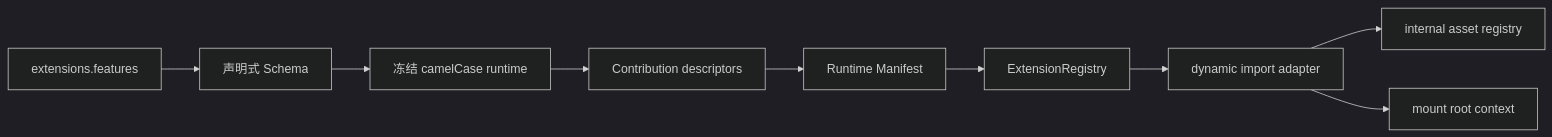
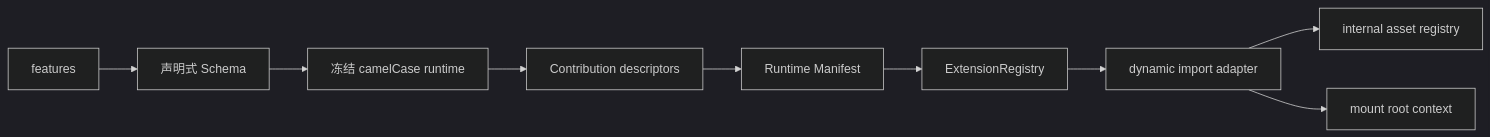
The diagram in docs/knowledge/07-外部集成/plugin-system.md (xaoxuu/hexo-theme-stellar), drawn with Mermaid (dark theme) before and after one commit. The commit also changed other lines of this file and 42 other files, not shown here.

````diff
--- a/docs/knowledge/07-外部集成/plugin-system.md
+++ b/docs/knowledge/07-外部集成/plugin-system.md
@@ -88,11 +85,11 @@
 ```mermaid
 flowchart LR
-  A[extensions.features] --> B[声明式 Schema]
+  A[features] --> B[声明式 Schema]
   B --> C[冻结 camelCase runtime]
   C --> D[Contribution descriptors]
   D --> E[Runtime Manifest]
   E --> F[ExtensionRegistry]
   F --> G[dynamic import adapter]
   G --> H[internal asset registry]
   G --> I[mount root context]
 ```
````
